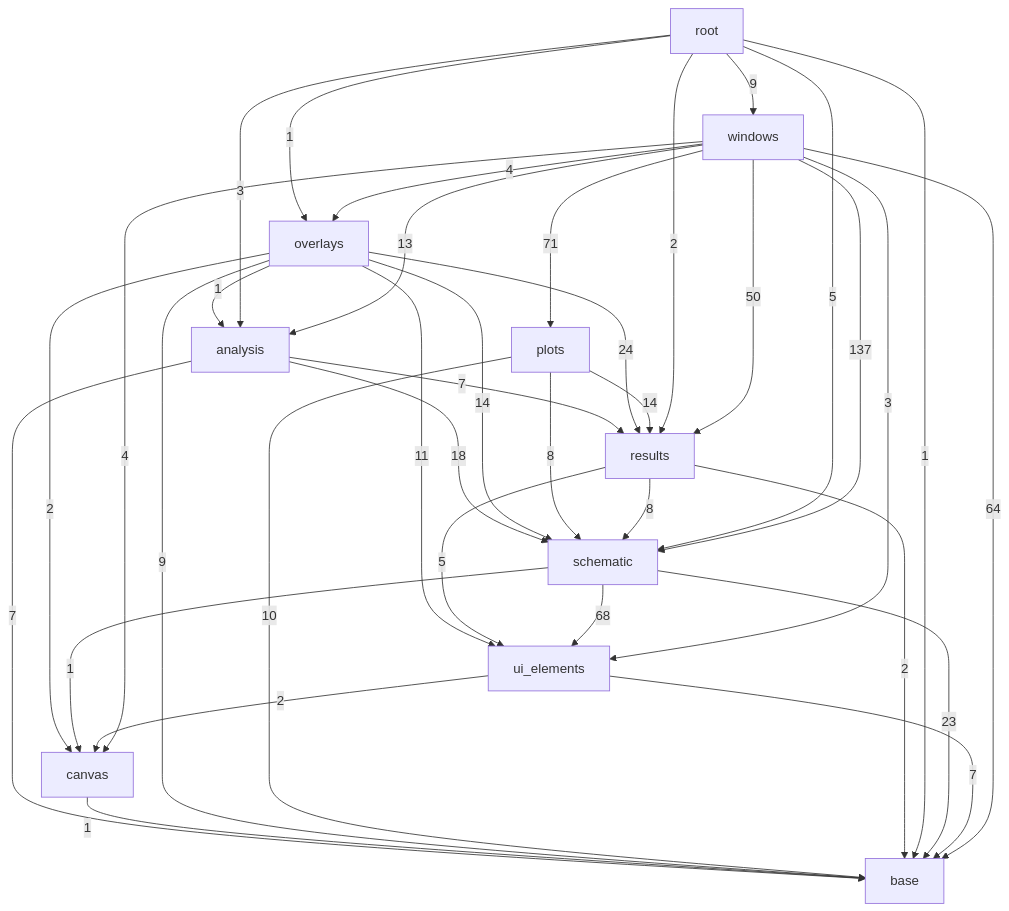
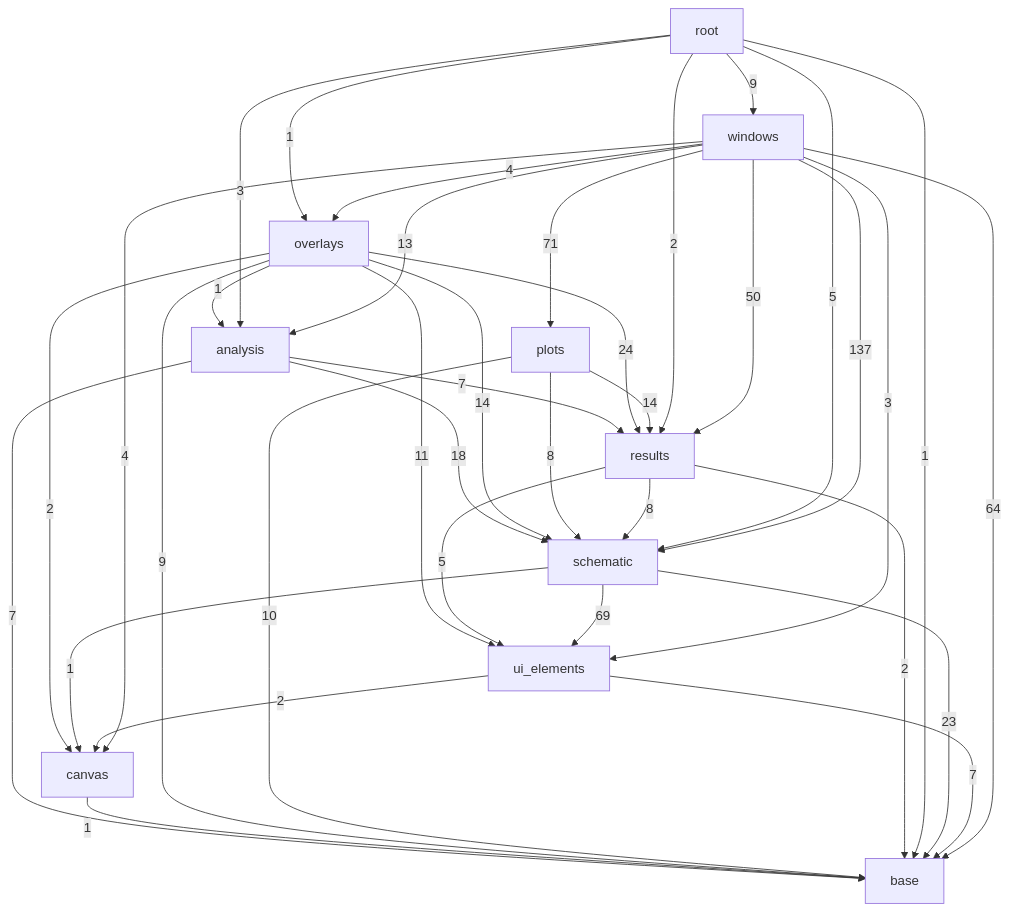
One commit to ronnymilleo/imcsim changed the third of 3 diagrams in docs/architecture.md. Above: the diagram before and after it, drawn with Mermaid. The commit also changed other lines of this file and 5 other files, not shown here.

````diff
--- a/docs/architecture.md
+++ b/docs/architecture.md
@@ -56,48 +56,48 @@
 ```mermaid
 flowchart TD
     app_gui_base[base]
     app_gui_canvas[canvas]
     app_gui_ui_elements[ui_elements]
     app_gui_schematic[schematic]
     app_gui_results[results]
     app_gui_analysis[analysis]
     app_gui_plots[plots]
     app_gui_overlays[overlays]
     app_gui_windows[windows]
     app_gui_root[root]
     app_gui_analysis -->|7| app_gui_base
     app_gui_analysis -->|7| app_gui_results
     app_gui_analysis -->|18| app_gui_schematic
     app_gui_canvas -->|1| app_gui_base
     app_gui_overlays -->|1| app_gui_analysis
     app_gui_overlays -->|9| app_gui_base
     app_gui_overlays -->|2| app_gui_canvas
     app_gui_overlays -->|24| app_gui_results
     app_gui_overlays -->|14| app_gui_schematic
     app_gui_overlays -->|11| app_gui_ui_elements
     app_gui_plots -->|10| app_gui_base
     app_gui_plots -->|14| app_gui_results
     app_gui_plots -->|8| app_gui_schematic
     app_gui_results -->|2| app_gui_base
     app_gui_results -->|8| app_gui_schematic
     app_gui_results -->|5| app_gui_ui_elements
     app_gui_root -->|3| app_gui_analysis
     app_gui_root -->|1| app_gui_base
     app_gui_root -->|1| app_gui_overlays
     app_gui_root -->|2| app_gui_results
     app_gui_root -->|5| app_gui_schematic
     app_gui_root -->|9| app_gui_windows
     app_gui_schematic -->|23| app_gui_base
     app_gui_schematic -->|1| app_gui_canvas
-    app_gui_schematic -->|68| app_gui_ui_elements
+    app_gui_schematic -->|69| app_gui_ui_elements
     app_gui_ui_elements -->|7| app_gui_base
     app_gui_ui_elements -->|2| app_gui_canvas
     app_gui_windows -->|13| app_gui_analysis
     app_gui_windows -->|64| app_gui_base
     app_gui_windows -->|4| app_gui_canvas
     app_gui_windows -->|4| app_gui_overlays
     app_gui_windows -->|71| app_gui_plots
     app_gui_windows -->|50| app_gui_results
     app_gui_windows -->|137| app_gui_schematic
     app_gui_windows -->|3| app_gui_ui_elements
 ```
````
